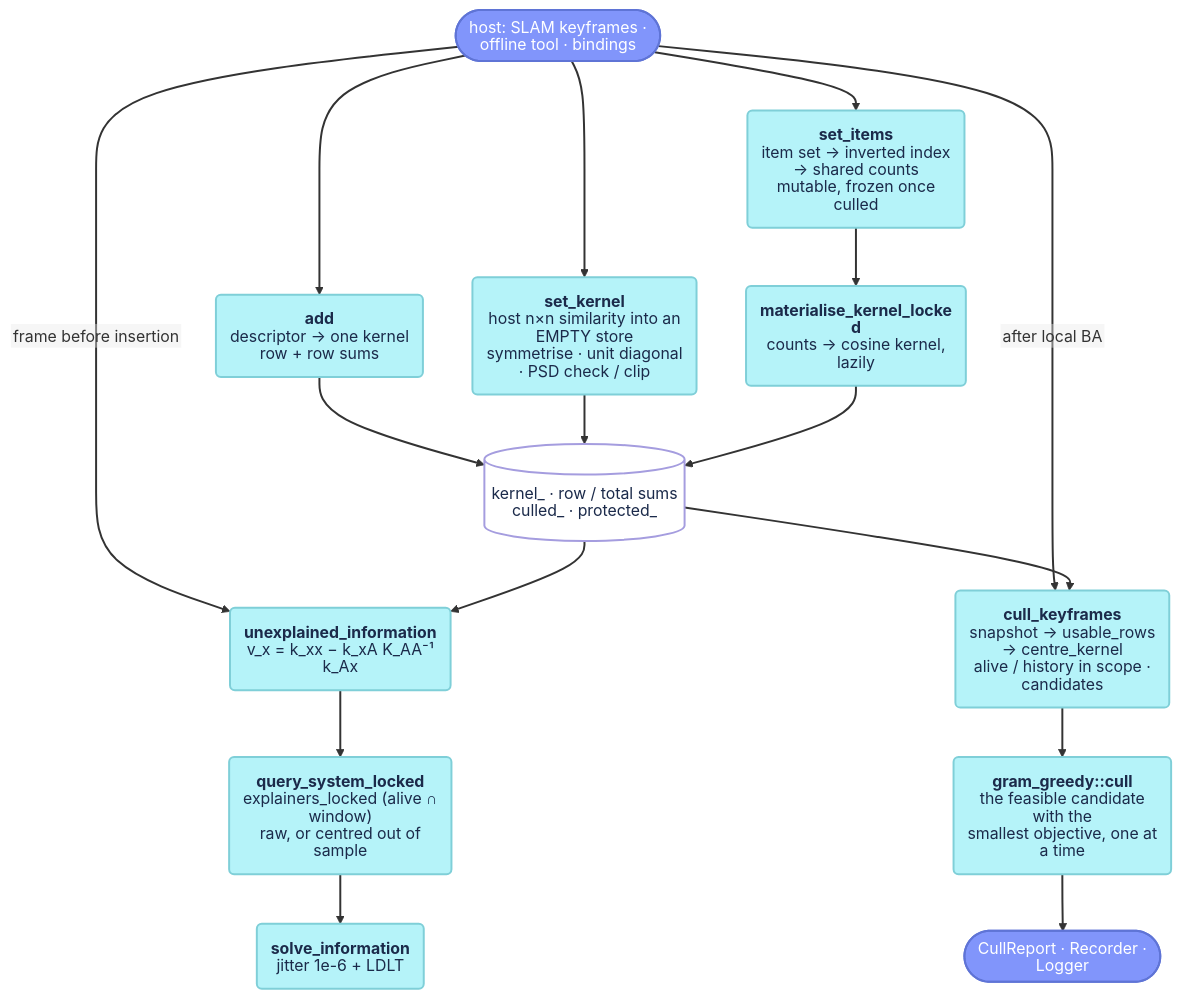
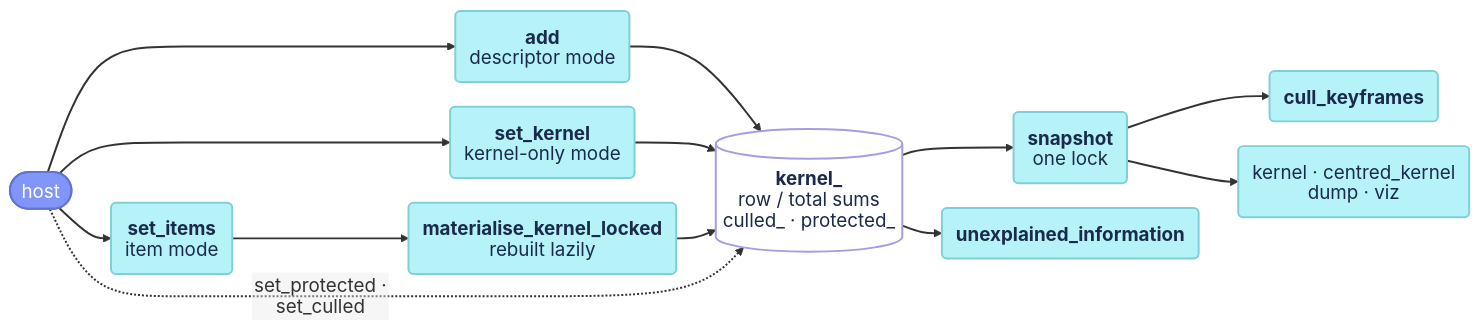
The diagram in docs/reference/placecell.md (alejandrofontan/placecell), drawn with Mermaid before and after one commit. The commit also changed other lines of this file and 6 other files, not shown here.

````diff
--- a/docs/reference/placecell.md
+++ b/docs/reference/placecell.md
@@ -41,66 +5,59 @@
 ```mermaid
 ---
 config:
   htmlLabels: false
   themeCSS: "
     text, tspan { font-family: var(--md-text-font-family), sans-serif; }
     .edgePath .path, .flowchart-link { stroke: var(--md-mermaid-edge-color); }
     .marker, marker path { fill: var(--md-mermaid-edge-color); stroke: var(--md-mermaid-edge-color); }
     .edgeLabel rect, .labelBkg { fill: var(--md-default-bg-color); opacity: 1; }
     .edgeLabel text, .edgeLabel tspan { fill: var(--md-default-fg-color); }"
+  themeVariables:
+    fontSize: 19px
   flowchart:
     htmlLabels: false
+    wrappingWidth: 320
+    nodeSpacing: 25
+    rankSpacing: 40
     curve: basis
     padding: 14
 ---
-flowchart TD
-    HOST([host: SLAM keyframes · offline tool · bindings]) --> ADD("`**add**
-    descriptor → one kernel row + row sums`")
+flowchart LR
+    HOST([host]) --> ADD("`**add**
+    descriptor mode`")
     HOST --> SK("`**set_kernel**
-    host n×n similarity into an EMPTY store
-    symmetrise · unit diagonal · PSD check / clip`")
+    kernel-only mode`")
     HOST --> SI("`**set_items**
-    item set → inverted index → shared counts
-    mutable, frozen once culled`")
-    ADD --> K[("`kernel_ · row / total sums
+    item mode`")
+    ADD --> K[("`**kernel_**
+    row / total sums
     culled_ · protected_`")]
     SK --> K
     SI --> MAT("`**materialise_kernel_locked**
-    counts → cosine kernel, lazily`") --> K
-    HOST -- "frame before insertion" --> UI("`**unexplained_information**
-    v_x = k_xx − k_xA K_AA⁻¹ k_Ax`")
-    K --> UI
-    UI --> SYS("`**query_system_locked**
-    explainers_locked (alive ∩ window)
-    raw, or centred out of sample`") --> SOL("`**solve_information**
-    jitter 1e-6 + LDLT`")
-    HOST -- "after local BA" --> CK("`**cull_keyframes**
-    snapshot → usable_rows → centre_kernel
-    alive / history in scope · candidates`")
-    K --> CK
-    CK --> GG("`**gram_greedy::cull**
-    the feasible candidate with the
-    smallest objective, one at a time`")
-    GG --> REP([CullReport · Recorder · Logger])
+    rebuilt lazily`") --> K
+    HOST -. "set_protected · set_culled" .-> K
+    K --> SNAP("`**snapshot**
+    one lock`")
+    SNAP --> CK("`**cull_keyframes**`")
+    SNAP --> VIEWS("`kernel · centred_kernel
+    dump · viz`")
+    K --> Q("`**unexplained_information**`")
 
     click ADD "#add"
     click SK "#set_kernel"
-    click SI "#set_items"
-    click MAT "#materialise_kernel_locked"
-    click UI "#unexplained_information"
-    click SYS "#query_system_locked"
-    click SOL "#solve_information"
+    click SI "../placecell_items/#set_items"
+    click MAT "../placecell_items/#materialise_kernel_locked"
+    click SNAP "#snapshot"
     click CK "../placecell_cull/#cull_keyframes"
-    click GG "../placecell_gram_greedy/#cull"
+    click Q "../placecell_query/#unexplained_information"
 
     %% VSLAM-LAB logo squares: cyan #b5f3f9, periwinkle #8195fb, lavender #a59ddf
     classDef entry fill:#8195fb,stroke:#5f74d6,stroke-width:2px,color:#fff
     classDef step fill:#b5f3f9,stroke:#7fcfd8,stroke-width:2px,color:#1b2a4a
-    classDef check fill:#a59ddf,stroke:#7e75c4,stroke-width:2px,color:#1b2a4a
     classDef store fill:#fff,stroke:#a59ddf,stroke-width:2px,color:#1b2a4a
 
-    class HOST,REP entry
-    class ADD,SK,SI,MAT,UI,SYS,SOL,CK,GG step
+    class HOST entry
+    class ADD,SK,SI,MAT,SNAP,CK,VIEWS,Q step
     class K store
     linkStyle default stroke-width:2px
 ```
````
